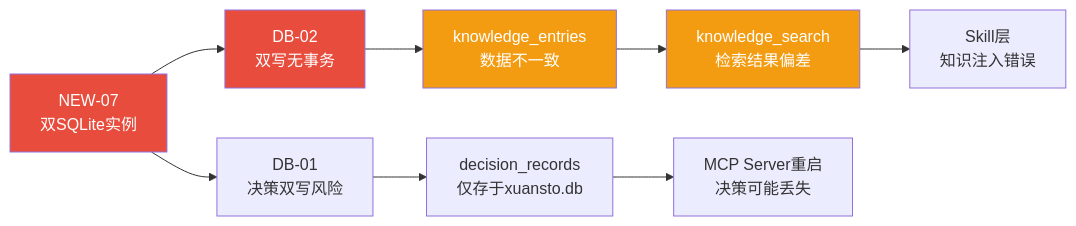
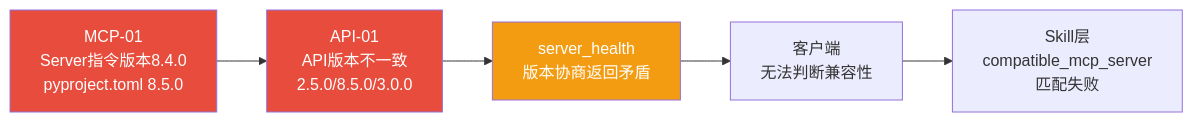
The second of 12 diagrams in docs/plan/REFACTOR_PLAN.md (xuanyuanchumo/xuansto), drawn with Mermaid before and after one commit. The commit also changed other lines of this file and 34 other files, not shown here.

````diff
--- a/docs/plan/REFACTOR_PLAN.md
+++ b/docs/plan/REFACTOR_PLAN.md
@@ -172,16 +212,11 @@
 ```mermaid
 graph LR
-    A["NEW-07<br/>双SQLite实例"] --> B["DB-02<br/>双写无事务"]
-    B --> C["knowledge_entries<br/>数据不一致"]
-    C --> D["knowledge_search<br/>检索结果偏差"]
-    D --> E["Skill层<br/>知识注入错误"]
-
-    A --> F["DB-01<br/>决策双写风险"]
-    F --> G["decision_records<br/>仅存于xuansto.db"]
-    G --> H["MCP Server重启<br/>决策可能丢失"]
+    A["MCP-01<br/>Server指令版本8.4.0<br/>pyproject.toml 8.5.0"] --> B["API-01<br/>API版本不一致<br/>2.5.0/8.5.0/3.0.0"]
+    B --> C["server_health<br/>版本协商返回矛盾"]
+    C --> D["客户端<br/>无法判断兼容性"]
+    D --> E["Skill层<br/>compatible_mcp_server<br/>匹配失败"]
 
     style A fill:#e74c3c,color:#fff
     style B fill:#e74c3c,color:#fff
     style C fill:#f39c12,color:#fff
-    style D fill:#f39c12,color:#fff
 ```
````
